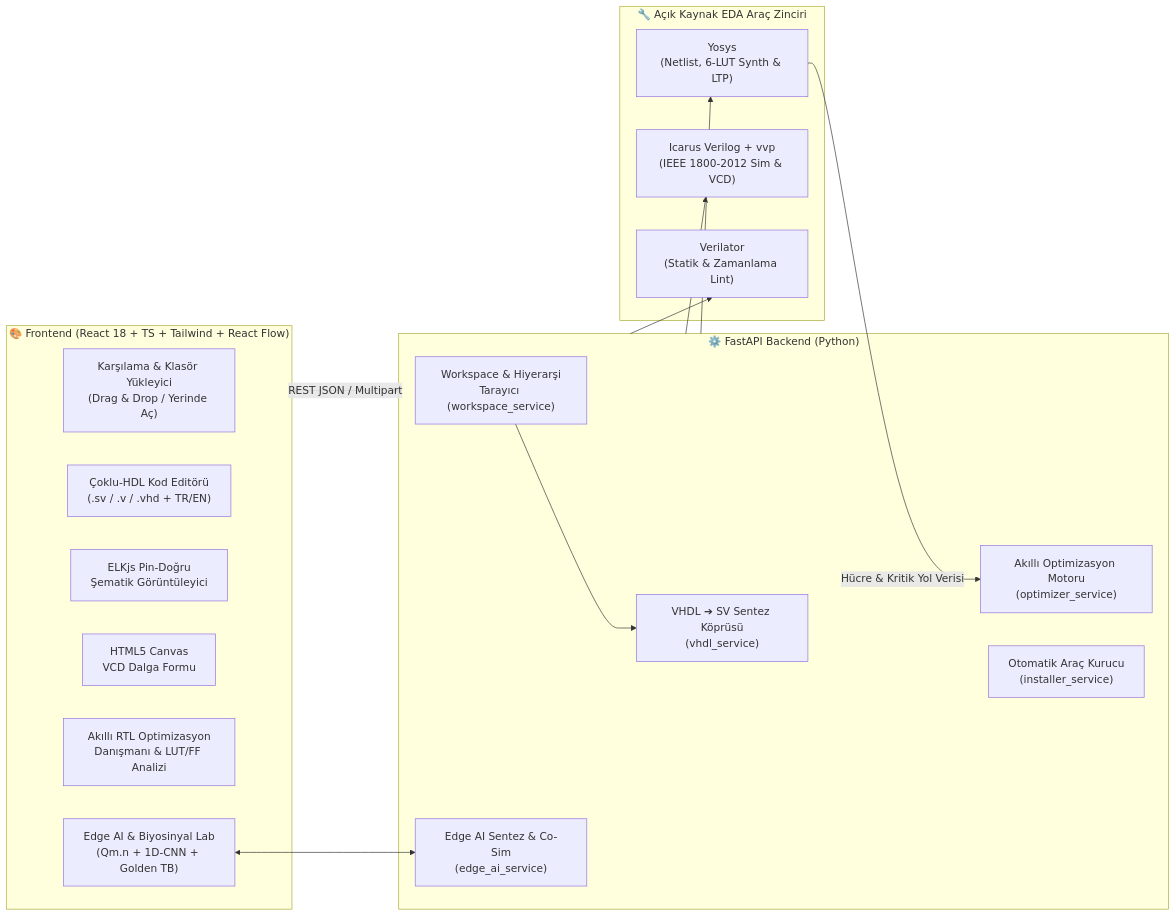
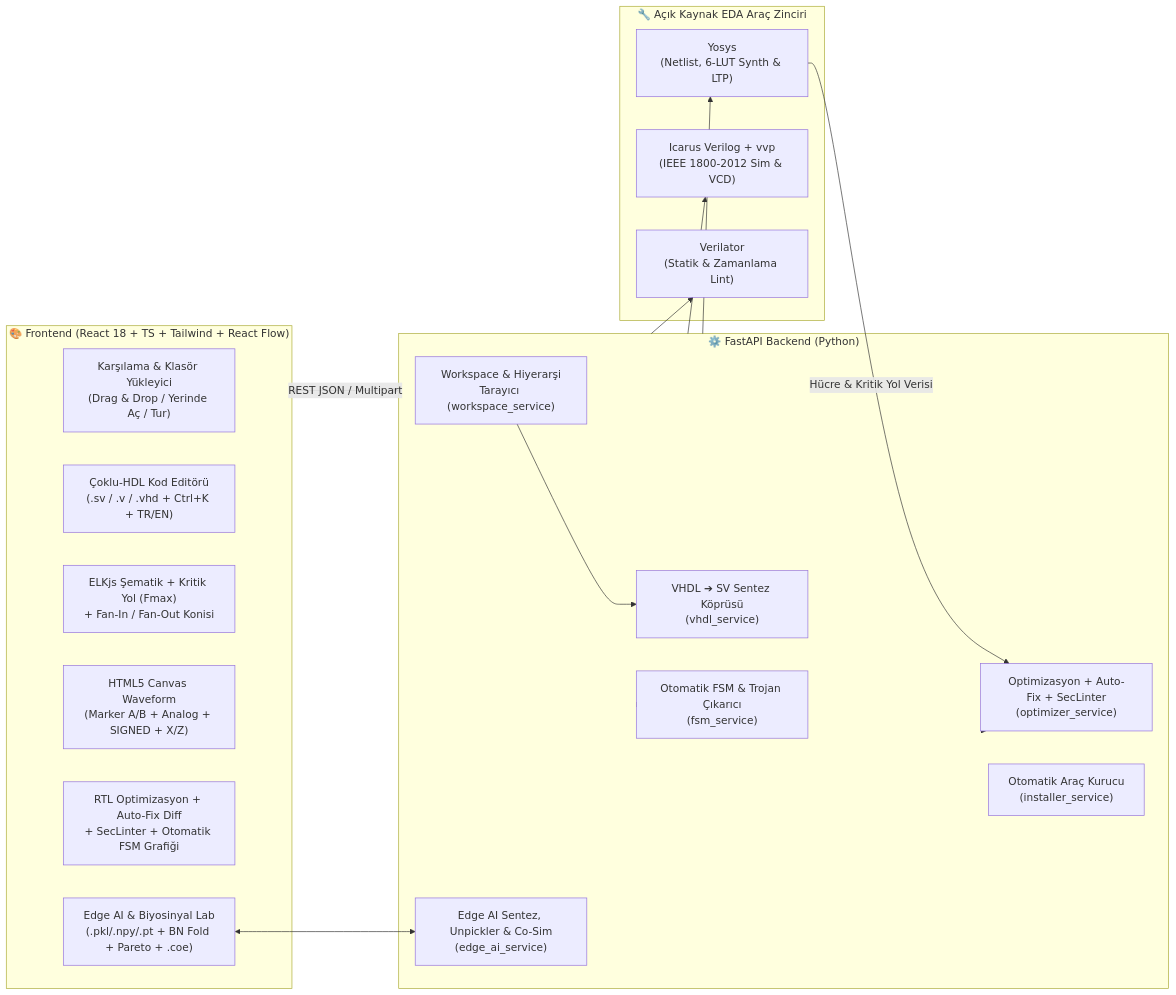
The diagram in README.md (YigitEXP/CircuitVR), drawn with Mermaid before and after one commit. The commit also changed other lines of this file and 1 other file, not shown here.

````diff
--- a/README.md
+++ b/README.md
@@ -42,31 +43,33 @@
 ```mermaid
 flowchart LR
     subgraph UI["🎨 Frontend (React 18 + TS + Tailwind + React Flow)"]
-        W["Karşılama & Klasör Yükleyici\n(Drag & Drop / Yerinde Aç)"]
-        E["Çoklu-HDL Kod Editörü\n(.sv / .v / .vhd + TR/EN)"]
-        S["ELKjs Pin-Doğru\nŞematik Görüntüleyici"]
-        V["HTML5 Canvas\nVCD Dalga Formu"]
-        A["Akıllı RTL Optimizasyon\nDanışmanı & LUT/FF Analizi"]
-        AI["Edge AI & Biyosinyal Lab\n(Qm.n + 1D-CNN + Golden TB)"]
+        W["Karşılama & Klasör Yükleyici\n(Drag & Drop / Yerinde Aç / Tur)"]
+        E["Çoklu-HDL Kod Editörü\n(.sv / .v / .vhd + Ctrl+K + TR/EN)"]
+        S["ELKjs Şematik + Kritik Yol (Fmax)\n+ Fan-In / Fan-Out Konisi"]
+        V["HTML5 Canvas Waveform\n(Marker A/B + Analog + SIGNED + X/Z)"]
+        A["RTL Optimizasyon + Auto-Fix Diff\n+ SecLinter + Otomatik FSM Grafiği"]
+        AI["Edge AI & Biyosinyal Lab\n(.pkl/.npy/.pt + BN Fold + Pareto + .coe)"]
     end
 
     subgraph API["⚙️ FastAPI Backend (Python)"]
         WS["Workspace & Hiyerarşi\nTarayıcı (workspace_service)"]
         VH["VHDL ➔ SV Sentez Köprüsü\n(vhdl_service)"]
-        OP["Akıllı Optimizasyon Motoru\n(optimizer_service)"]
-        EA["Edge AI Sentez & Co-Sim\n(edge_ai_service)"]
+        OP["Optimizasyon + Auto-Fix + SecLinter\n(optimizer_service)"]
+        FS["Otomatik FSM & Trojan Çıkarıcı\n(fsm_service)"]
+        EA["Edge AI Sentez, Unpickler & Co-Sim\n(edge_ai_service)"]
         IN["Otomatik Araç Kurucu\n(installer_service)"]
     end
 
     subgraph EDA["🔧 Açık Kaynak EDA Araç Zinciri"]
         YO["Yosys\n(Netlist, 6-LUT Synth & LTP)"]
         IV["Icarus Verilog + vvp\n(IEEE 1800-2012 Sim & VCD)"]
         VL["Verilator\n(Statik & Zamanlama Lint)"]
     end
 
     UI <-->|REST JSON / Multipart| API
     WS --> VH
     AI <--> EA
+    API --> FS & OP
     API --> YO & IV & VL
     YO -->|Hücre & Kritik Yol Verisi| OP
 ```
````
